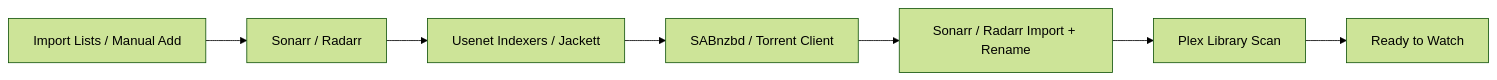
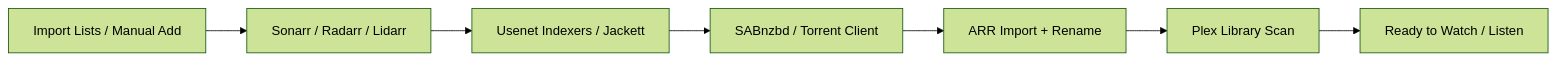
Before and after one commit to Shadow2442/slimshadys-arr-setup-guide: the diagram in README.md, drawn with Mermaid (forest theme). The commit also changed other lines of this file and 7 other files, not shown here.

````diff
--- a/README.md
+++ b/README.md
@@ -110,9 +113,9 @@
 ```mermaid
 flowchart LR
-    A["Import Lists / Manual Add"] --> B["Sonarr / Radarr"]
+    A["Import Lists / Manual Add"] --> B["Sonarr / Radarr / Lidarr"]
     B --> C["Usenet Indexers / Jackett"]
     C --> D["SABnzbd / Torrent Client"]
-    D --> E["Sonarr / Radarr Import + Rename"]
+    D --> E["ARR Import + Rename"]
     E --> F["Plex Library Scan"]
-    F --> G["Ready to Watch"]
+    F --> G["Ready to Watch / Listen"]
 ```
````
